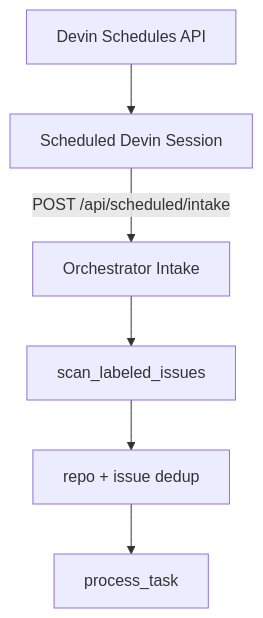
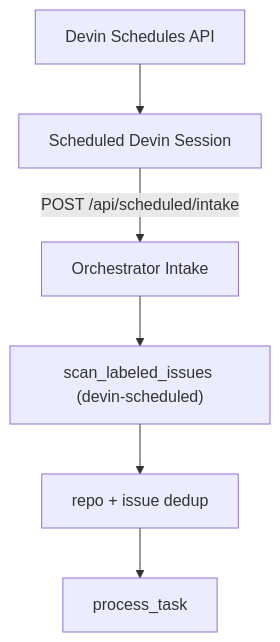
Before and after one commit to onefifteen-z/devin-remediation-orchestrator: the sixth of 8 diagrams in docs/architecture.md, drawn with Mermaid. The commit also changed other lines of this file and 8 other files, not shown here.

Commit message:
feat: use devin-scheduled label for scheduled intake

````diff
--- a/docs/architecture.md
+++ b/docs/architecture.md
@@ -155,8 +155,8 @@
 ```mermaid
 flowchart TB
   SchedAPI[Devin Schedules API] --> DevinSession[Scheduled Devin Session]
   DevinSession -->|POST /api/scheduled/intake| Intake[Orchestrator Intake]
-  Intake --> Scan[scan_labeled_issues]
+  Intake --> Scan["scan_labeled_issues (devin-scheduled)"]
   Scan --> Dedup[repo + issue dedup]
   Dedup --> Process[process_task]
 ```
````
